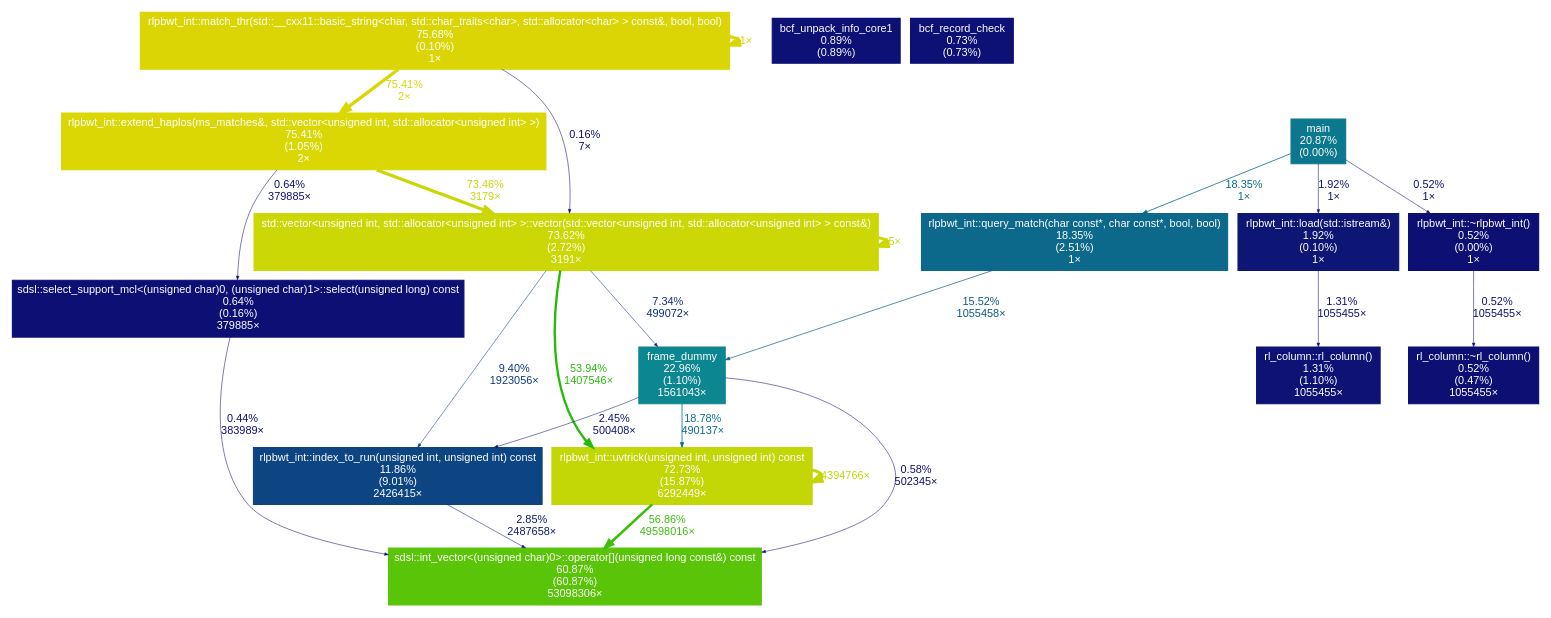
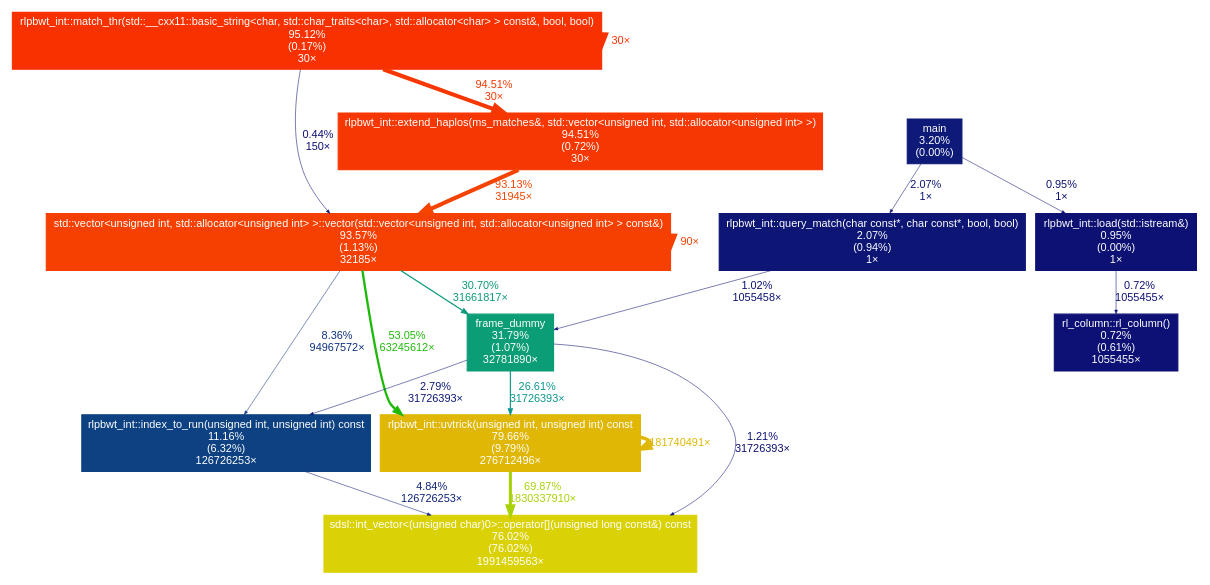
One commit to dlcgold/muPBWT changed the diagram in experiment_ksmem/l_1.dot. Above: the diagram before and after it, drawn with Graphviz. The commit also changed 43 other files, not shown here.

```diff
--- a/experiment_ksmem/l_1.dot
+++ b/experiment_ksmem/l_1.dot
@@ -1,43 +1,34 @@
 digraph {
 	graph [fontname=Arial, nodesep=0.125, ranksep=0.25];
 	node [fontcolor=white, fontname=Arial, height=0, shape=box, style=filled, width=0];
 	edge [fontname=Arial];
-	1 [color="#dbd505", fontcolor="#ffffff", fontsize="10.00", label="rlpbwt_int::match_thr(std::__cxx11::basic_string<char, std::char_traits<char>, std::allocator<char> > const&, bool, bool)\n75.68%\n(0.10%)\n1×"];
-	1 -> 1 [arrowsize="0.87", color="#dbd505", fontcolor="#dbd505", fontsize="10.00", label="1×", labeldistance="3.03", penwidth="3.03"];
-	1 -> 2 [arrowsize="0.87", color="#dad705", fontcolor="#dad705", fontsize="10.00", label="75.41%\n2×", labeldistance="3.02", penwidth="3.02"];
-	1 -> 3 [arrowsize="0.35", color="#0d0d73", fontcolor="#0d0d73", fontsize="10.00", label="0.16%\n7×", labeldistance="0.50", penwidth="0.50"];
-	2 [color="#dad705", fontcolor="#ffffff", fontsize="10.00", label="rlpbwt_int::extend_haplos(ms_matches&, std::vector<unsigned int, std::allocator<unsigned int> >)\n75.41%\n(1.05%)\n2×"];
-	2 -> 3 [arrowsize="0.86", color="#cad706", fontcolor="#cad706", fontsize="10.00", label="73.46%\n3179×", labeldistance="2.94", penwidth="2.94"];
-	2 -> 14 [arrowsize="0.35", color="#0d0f74", fontcolor="#0d0f74", fontsize="10.00", label="0.64%\n379885×", labeldistance="0.50", penwidth="0.50"];
-	3 [color="#ccd806", fontcolor="#ffffff", fontsize="10.00", label="std::vector<unsigned int, std::allocator<unsigned int> >::vector(std::vector<unsigned int, std::allocator<unsigned int> > const&)\n73.62%\n(2.72%)\n3191×"];
-	3 -> 3 [arrowsize="0.86", color="#ccd806", fontcolor="#ccd806", fontsize="10.00", label="5×", labeldistance="2.94", penwidth="2.94"];
-	3 -> 4 [arrowsize="0.73", color="#25bb09", fontcolor="#25bb09", fontsize="10.00", label="53.94%\n1407546×", labeldistance="2.16", penwidth="2.16"];
-	3 -> 6 [arrowsize="0.35", color="#0d2d7c", fontcolor="#0d2d7c", fontsize="10.00", label="7.34%\n499072×", labeldistance="0.50", penwidth="0.50"];
-	3 -> 9 [arrowsize="0.35", color="#0d387f", fontcolor="#0d387f", fontsize="10.00", label="9.40%\n1923056×", labeldistance="0.50", penwidth="0.50"];
-	4 [color="#c3d606", fontcolor="#ffffff", fontsize="10.00", label="rlpbwt_int::uvtrick(unsigned int, unsigned int) const\n72.73%\n(15.87%)\n6292449×"];
-	4 -> 4 [arrowsize="0.85", color="#c3d606", fontcolor="#c3d606", fontsize="10.00", label="4394766×", labeldistance="2.91", penwidth="2.91"];
-	4 -> 5 [arrowsize="0.75", color="#3bbf09", fontcolor="#3bbf09", fontsize="10.00", label="56.86%\n49598016×", labeldistance="2.27", penwidth="2.27"];
-	5 [color="#5ac508", fontcolor="#ffffff", fontsize="10.00", label="sdsl::int_vector<(unsigned char)0>::operator[](unsigned long const&) const\n60.87%\n(60.87%)\n53098306×"];
-	6 [color="#0c8691", fontcolor="#ffffff", fontsize="10.00", label="frame_dummy\n22.96%\n(1.10%)\n1561043×"];
-	6 -> 4 [arrowsize="0.43", color="#0c6c8b", fontcolor="#0c6c8b", fontsize="10.00", label="18.78%\n490137×", labeldistance="0.75", penwidth="0.75"];
-	6 -> 5 [arrowsize="0.35", color="#0d0f73", fontcolor="#0d0f73", fontsize="10.00", label="0.58%\n502345×", labeldistance="0.50", penwidth="0.50"];
-	6 -> 9 [arrowsize="0.35", color="#0d1776", fontcolor="#0d1776", fontsize="10.00", label="2.45%\n500408×", labeldistance="0.50", penwidth="0.50"];
-	7 [color="#0c788e", fontcolor="#ffffff", fontsize="10.00", label="main\n20.87%\n(0.00%)"];
-	7 -> 8 [arrowsize="0.43", color="#0c698b", fontcolor="#0c698b", fontsize="10.00", label="18.35%\n1×", labeldistance="0.73", penwidth="0.73"];
-	7 -> 10 [arrowsize="0.35", color="#0d1575", fontcolor="#0d1575", fontsize="10.00", label="1.92%\n1×", labeldistance="0.50", penwidth="0.50"];
-	7 -> 15 [arrowsize="0.35", color="#0d0f73", fontcolor="#0d0f73", fontsize="10.00", label="0.52%\n1×", labeldistance="0.50", penwidth="0.50"];
-	8 [color="#0c698b", fontcolor="#ffffff", fontsize="10.00", label="rlpbwt_int::query_match(char const*, char const*, bool, bool)\n18.35%\n(2.51%)\n1×"];
-	8 -> 6 [arrowsize="0.39", color="#0c5887", fontcolor="#0c5887", fontsize="10.00", label="15.52%\n1055458×", labeldistance="0.62", penwidth="0.62"];
-	9 [color="#0d4482", fontcolor="#ffffff", fontsize="10.00", label="rlpbwt_int::index_to_run(unsigned int, unsigned int) const\n11.86%\n(9.01%)\n2426415×"];
-	9 -> 5 [arrowsize="0.35", color="#0d1976", fontcolor="#0d1976", fontsize="10.00", label="2.85%\n2487658×", labeldistance="0.50", penwidth="0.50"];
-	10 [color="#0d1575", fontcolor="#ffffff", fontsize="10.00", label="rlpbwt_int::load(std::istream&)\n1.92%\n(0.10%)\n1×"];
-	10 -> 11 [arrowsize="0.35", color="#0d1274", fontcolor="#0d1274", fontsize="10.00", label="1.31%\n1055455×", labeldistance="0.50", penwidth="0.50"];
-	11 [color="#0d1274", fontcolor="#ffffff", fontsize="10.00", label="rl_column::rl_column()\n1.31%\n(1.10%)\n1055455×"];
-	12 [color="#0d1074", fontcolor="#ffffff", fontsize="10.00", label="bcf_unpack_info_core1\n0.89%\n(0.89%)"];
-	13 [color="#0d1074", fontcolor="#ffffff", fontsize="10.00", label="bcf_record_check\n0.73%\n(0.73%)"];
-	14 [color="#0d0f74", fontcolor="#ffffff", fontsize="10.00", label="sdsl::select_support_mcl<(unsigned char)0, (unsigned char)1>::select(unsigned long) const\n0.64%\n(0.16%)\n379885×"];
-	14 -> 5 [arrowsize="0.35", color="#0d0f73", fontcolor="#0d0f73", fontsize="10.00", label="0.44%\n383989×", labeldistance="0.50", penwidth="0.50"];
-	15 [color="#0d0f73", fontcolor="#ffffff", fontsize="10.00", label="rlpbwt_int::~rlpbwt_int()\n0.52%\n(0.00%)\n1×"];
-	15 -> 16 [arrowsize="0.35", color="#0d0f73", fontcolor="#0d0f73", fontsize="10.00", label="0.52%\n1055455×", labeldistance="0.50", penwidth="0.50"];
-	16 [color="#0d0f73", fontcolor="#ffffff", fontsize="10.00", label="rl_column::~rl_column()\n0.52%\n(0.47%)\n1055455×"];
+	1 [color="#f83101", fontcolor="#ffffff", fontsize="10.00", label="rlpbwt_int::match_thr(std::__cxx11::basic_string<char, std::char_traits<char>, std::allocator<char> > const&, bool, bool)\n95.12%\n(0.17%)\n30×"];
+	1 -> 1 [arrowsize="0.98", color="#f83101", fontcolor="#f83101", fontsize="10.00", label="30×", labeldistance="3.80", penwidth="3.80"];
+	1 -> 2 [arrowsize="0.97", color="#f73701", fontcolor="#f73701", fontsize="10.00", label="94.51%\n30×", labeldistance="3.78", penwidth="3.78"];
+	1 -> 3 [arrowsize="0.35", color="#0d0f73", fontcolor="#0d0f73", fontsize="10.00", label="0.44%\n150×", labeldistance="0.50", penwidth="0.50"];
+	2 [color="#f73701", fontcolor="#ffffff", fontsize="10.00", label="rlpbwt_int::extend_haplos(ms_matches&, std::vector<unsigned int, std::allocator<unsigned int> >)\n94.51%\n(0.72%)\n30×"];
+	2 -> 3 [arrowsize="0.97", color="#f54402", fontcolor="#f54402", fontsize="10.00", label="93.13%\n31945×", labeldistance="3.73", penwidth="3.73"];
+	3 [color="#f54002", fontcolor="#ffffff", fontsize="10.00", label="std::vector<unsigned int, std::allocator<unsigned int> >::vector(std::vector<unsigned int, std::allocator<unsigned int> > const&)\n93.57%\n(1.13%)\n32185×"];
+	3 -> 3 [arrowsize="0.97", color="#f54002", fontcolor="#f54002", fontsize="10.00", label="90×", labeldistance="3.74", penwidth="3.74"];
+	3 -> 4 [arrowsize="0.73", color="#1fba09", fontcolor="#1fba09", fontsize="10.00", label="53.05%\n63245612×", labeldistance="2.12", penwidth="2.12"];
+	3 -> 6 [arrowsize="0.55", color="#0c9b7a", fontcolor="#0c9b7a", fontsize="10.00", label="30.70%\n31661817×", labeldistance="1.23", penwidth="1.23"];
+	3 -> 7 [arrowsize="0.35", color="#0d327e", fontcolor="#0d327e", fontsize="10.00", label="8.36%\n94967572×", labeldistance="0.50", penwidth="0.50"];
+	4 [color="#e0b705", fontcolor="#ffffff", fontsize="10.00", label="rlpbwt_int::uvtrick(unsigned int, unsigned int) const\n79.66%\n(9.79%)\n276712496×"];
+	4 -> 4 [arrowsize="0.89", color="#e0b705", fontcolor="#e0b705", fontsize="10.00", label="181740491×", labeldistance="3.19", penwidth="3.19"];
+	4 -> 5 [arrowsize="0.84", color="#a8d207", fontcolor="#a8d207", fontsize="10.00", label="69.87%\n1830337910×", labeldistance="2.79", penwidth="2.79"];
+	5 [color="#dbd205", fontcolor="#ffffff", fontsize="10.00", label="sdsl::int_vector<(unsigned char)0>::operator[](unsigned long const&) const\n76.02%\n(76.02%)\n1991459563×"];
+	6 [color="#0b9d75", fontcolor="#ffffff", fontsize="10.00", label="frame_dummy\n31.79%\n(1.07%)\n32781890×"];
+	6 -> 4 [arrowsize="0.52", color="#0c968d", fontcolor="#0c968d", fontsize="10.00", label="26.61%\n31726393×", labeldistance="1.06", penwidth="1.06"];
+	6 -> 5 [arrowsize="0.35", color="#0d1274", fontcolor="#0d1274", fontsize="10.00", label="1.21%\n31726393×", labeldistance="0.50", penwidth="0.50"];
+	6 -> 7 [arrowsize="0.35", color="#0d1976", fontcolor="#0d1976", fontsize="10.00", label="2.79%\n31726393×", labeldistance="0.50", penwidth="0.50"];
+	7 [color="#0d4181", fontcolor="#ffffff", fontsize="10.00", label="rlpbwt_int::index_to_run(unsigned int, unsigned int) const\n11.16%\n(6.32%)\n126726253×"];
+	7 -> 5 [arrowsize="0.35", color="#0d2279", fontcolor="#0d2279", fontsize="10.00", label="4.84%\n126726253×", labeldistance="0.50", penwidth="0.50"];
+	8 [color="#0d1a77", fontcolor="#ffffff", fontsize="10.00", label="main\n3.20%\n(0.00%)"];
+	8 -> 9 [arrowsize="0.35", color="#0d1575", fontcolor="#0d1575", fontsize="10.00", label="2.07%\n1×", labeldistance="0.50", penwidth="0.50"];
+	8 -> 10 [arrowsize="0.35", color="#0d1174", fontcolor="#0d1174", fontsize="10.00", label="0.95%\n1×", labeldistance="0.50", penwidth="0.50"];
+	9 [color="#0d1575", fontcolor="#ffffff", fontsize="10.00", label="rlpbwt_int::query_match(char const*, char const*, bool, bool)\n2.07%\n(0.94%)\n1×"];
+	9 -> 6 [arrowsize="0.35", color="#0d1174", fontcolor="#0d1174", fontsize="10.00", label="1.02%\n1055458×", labeldistance="0.50", penwidth="0.50"];
+	10 [color="#0d1174", fontcolor="#ffffff", fontsize="10.00", label="rlpbwt_int::load(std::istream&)\n0.95%\n(0.00%)\n1×"];
+	10 -> 11 [arrowsize="0.35", color="#0d1074", fontcolor="#0d1074", fontsize="10.00", label="0.72%\n1055455×", labeldistance="0.50", penwidth="0.50"];
+	11 [color="#0d1074", fontcolor="#ffffff", fontsize="10.00", label="rl_column::rl_column()\n0.72%\n(0.61%)\n1055455×"];
 }
```
